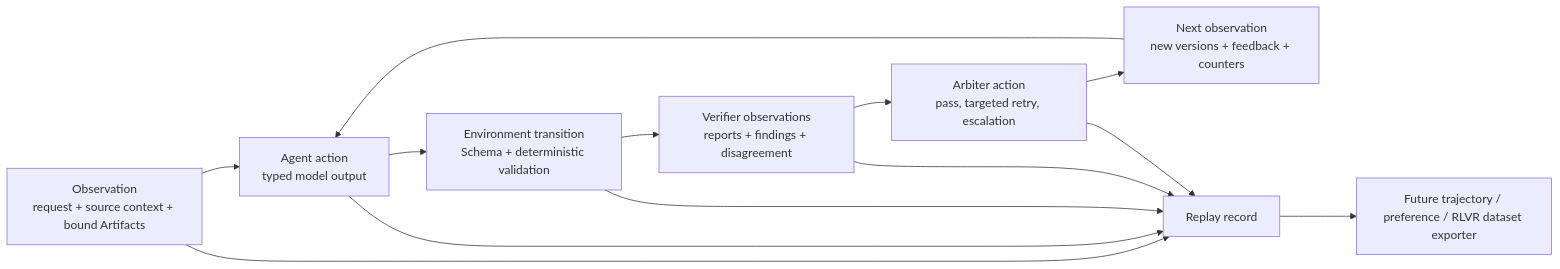
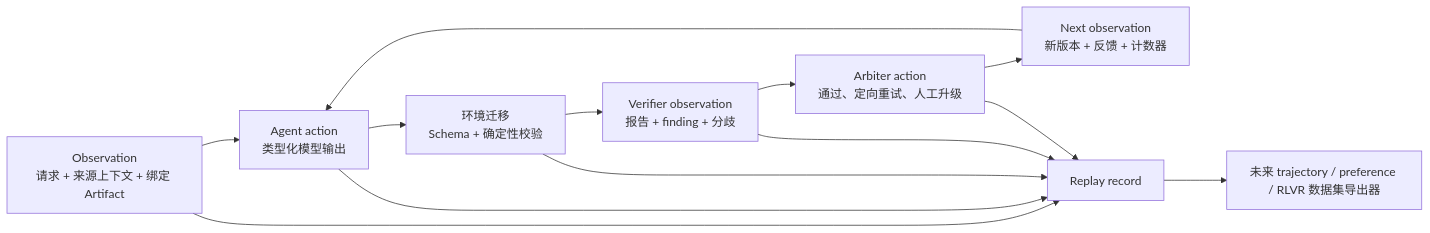
Diagram 11 of 13 in README.md (kyc001/assessment-workbench), drawn with Mermaid before and after one commit. The commit also changed other lines of this file and 2 other files, not shown here.

````diff
--- a/README.md
+++ b/README.md
@@ -543,16 +543,16 @@
 ```mermaid
 flowchart LR
-    Observation["Observation\nrequest + source context + bound Artifacts"] --> Action["Agent action\ntyped model output"]
-    Action --> Validation["Environment transition\nSchema + deterministic validation"]
-    Validation --> Verifiers["Verifier observations\nreports + findings + disagreement"]
-    Verifiers --> Decision["Arbiter action\npass, targeted retry, escalation"]
-    Decision --> Next["Next observation\nnew versions + feedback + counters"]
+    Observation["Observation\n请求 + 来源上下文 + 绑定 Artifact"] --> Action["Agent action\n类型化模型输出"]
+    Action --> Validation["环境迁移\nSchema + 确定性校验"]
+    Validation --> Verifiers["Verifier observation\n报告 + finding + 分歧"]
+    Verifiers --> Decision["Arbiter action\n通过、定向重试、人工升级"]
+    Decision --> Next["Next observation\n新版本 + 反馈 + 计数器"]
     Next --> Action
 
     Observation --> Trace["Replay record"]
     Action --> Trace
     Validation --> Trace
     Verifiers --> Trace
     Decision --> Trace
-    Trace --> Dataset["Future trajectory / preference / RLVR dataset exporter"]
+    Trace --> Dataset["未来 trajectory / preference / RLVR 数据集导出器"]
 ```
````
